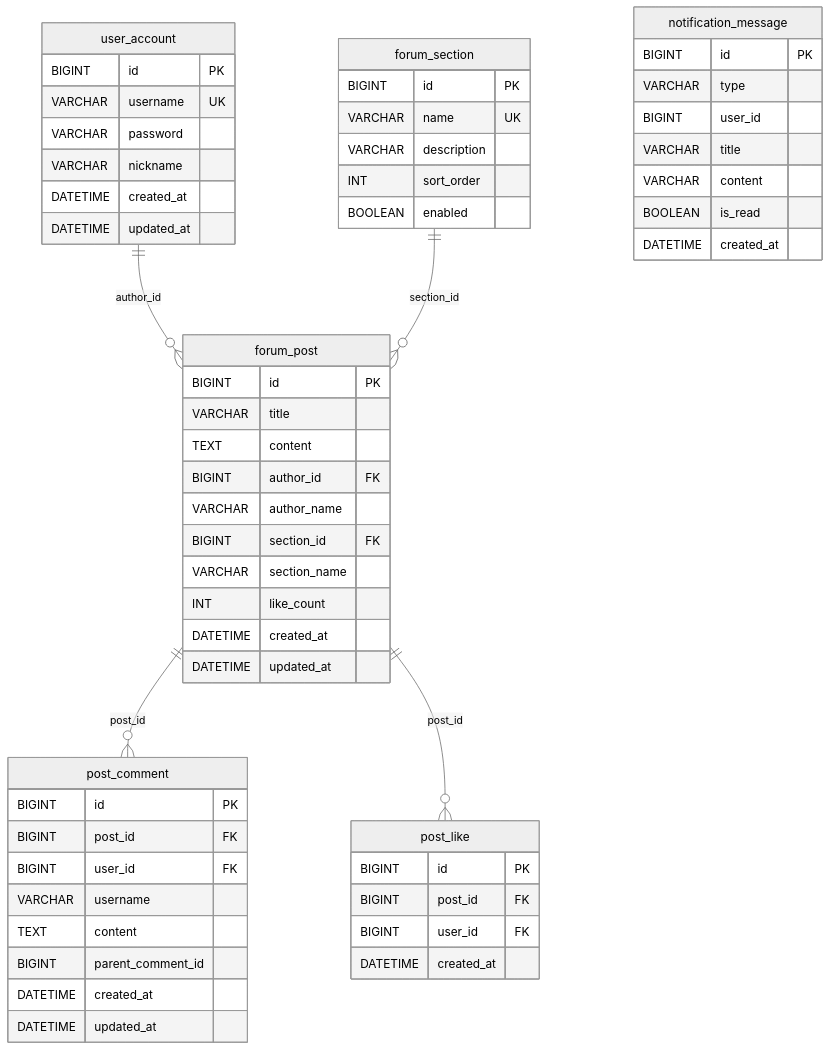
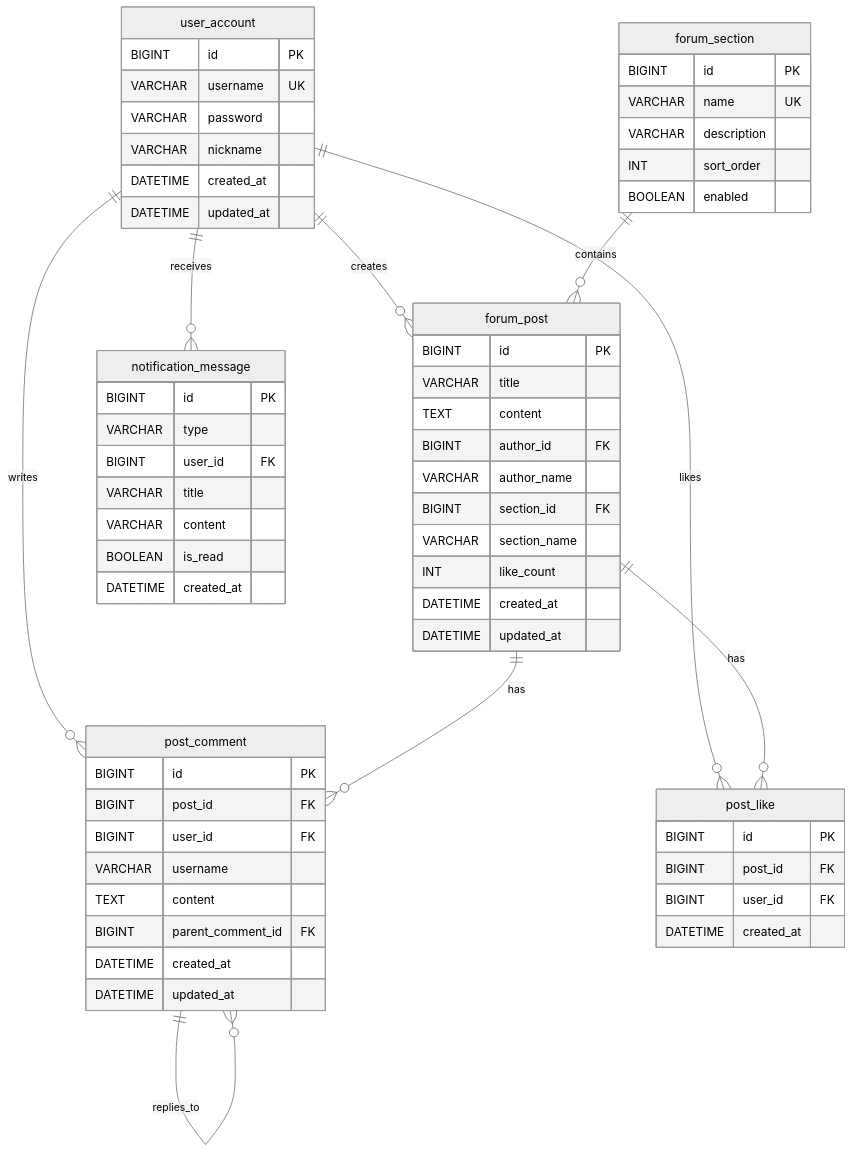
One commit to Wkjlovec/graduation_project_zhuang changed the diagram in docs/diagrams/fig4-4-er-diagram.mmd. Above: the diagram before and after it, drawn with Mermaid (neutral theme). The commit also changed 2 other files, not shown here.

Commit message:
docs: 重新绘制4.4 ER图（Crow's foot记法，补全8条关系）
修正内容：
- 旧图仅画了4条关系（user->post, section->post, post->comment, post->like）
- 新图补全8条关系：
  - user_account -> forum_post (creates)
  - user_account -> post_comment (writes)
  - user_account -> post_like (likes)
  - user_account -> notification_message (receives)
  - forum_section -> forum_post (contains)
  - forum_post -> post_comment (has)
  - forum_post -> post_like (has)
  - post_comment -> post_comment (replies_to, 自关联)
- 采用Crow's foot记法（Wikipedia认可的ER图变体）
- 更新docx中4.3节ER图描述文本

```diff
--- a/docs/diagrams/fig4-4-er-diagram.mmd
+++ b/docs/diagrams/fig4-4-er-diagram.mmd
@@ -1,68 +1,67 @@
----
-config:
-  er:
-    layoutDirection: TB
----
 erDiagram
-    user_account ||--o{ forum_post : "author_id"
-    forum_section ||--o{ forum_post : "section_id"
-    forum_post ||--o{ post_comment : "post_id"
-    forum_post ||--o{ post_like : "post_id"
+    user_account ||--o{ forum_post : "creates"
+    user_account ||--o{ post_comment : "writes"
+    user_account ||--o{ post_like : "likes"
+    user_account ||--o{ notification_message : "receives"
+    forum_section ||--o{ forum_post : "contains"
+    forum_post ||--o{ post_comment : "has"
+    forum_post ||--o{ post_like : "has"
+    post_comment ||--o{ post_comment : "replies_to"
 
     user_account {
         BIGINT id PK
         VARCHAR username UK
         VARCHAR password
         VARCHAR nickname
         DATETIME created_at
         DATETIME updated_at
     }
 
     forum_section {
         BIGINT id PK
         VARCHAR name UK
         VARCHAR description
         INT sort_order
         BOOLEAN enabled
     }
 
     forum_post {
         BIGINT id PK
         VARCHAR title
         TEXT content
         BIGINT author_id FK
         VARCHAR author_name
         BIGINT section_id FK
         VARCHAR section_name
         INT like_count
         DATETIME created_at
         DATETIME updated_at
     }
 
     post_comment {
         BIGINT id PK
         BIGINT post_id FK
         BIGINT user_id FK
         VARCHAR username
         TEXT content
-        BIGINT parent_comment_id
+        BIGINT parent_comment_id FK
         DATETIME created_at
         DATETIME updated_at
     }
 
     post_like {
         BIGINT id PK
         BIGINT post_id FK
         BIGINT user_id FK
         DATETIME created_at
     }
 
     notification_message {
         BIGINT id PK
         VARCHAR type
-        BIGINT user_id
+        BIGINT user_id FK
         VARCHAR title
         VARCHAR content
         BOOLEAN is_read
         DATETIME created_at
     }
```
